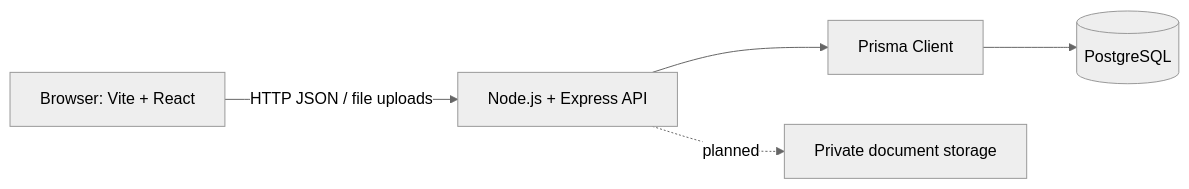
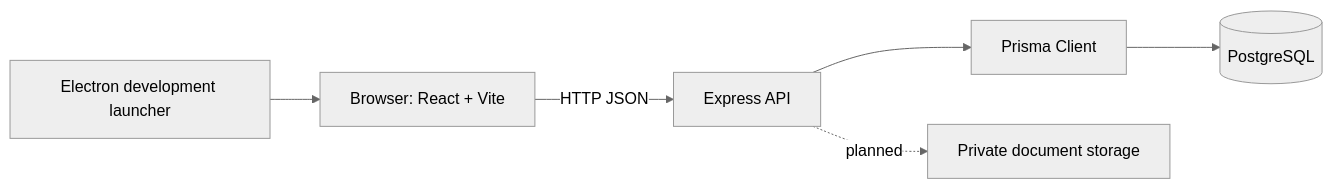
The diagram in docs/architecture.md (Prakhar-Jaiswal17/AYUSH-Startup-Registration-Portal), drawn with Mermaid (neutral theme) before and after one commit. The commit also changed other lines of this file and 9 other files, not shown here.

````diff
--- a/docs/architecture.md
+++ b/docs/architecture.md
@@ -25,7 +7,8 @@
 ```mermaid
 flowchart LR
-  Browser[Browser: Vite + React] -->|HTTP JSON / file uploads| API[Node.js + Express API]
+  Browser[Browser: React + Vite] -->|HTTP JSON| API[Express API]
+  Electron[Electron development launcher] --> Browser
   API --> Prisma[Prisma Client]
   Prisma --> DB[(PostgreSQL)]
-  API -. planned .-> Storage[Private document storage]
+  API -. planned .-> Files[Private document storage]
 ```
````
